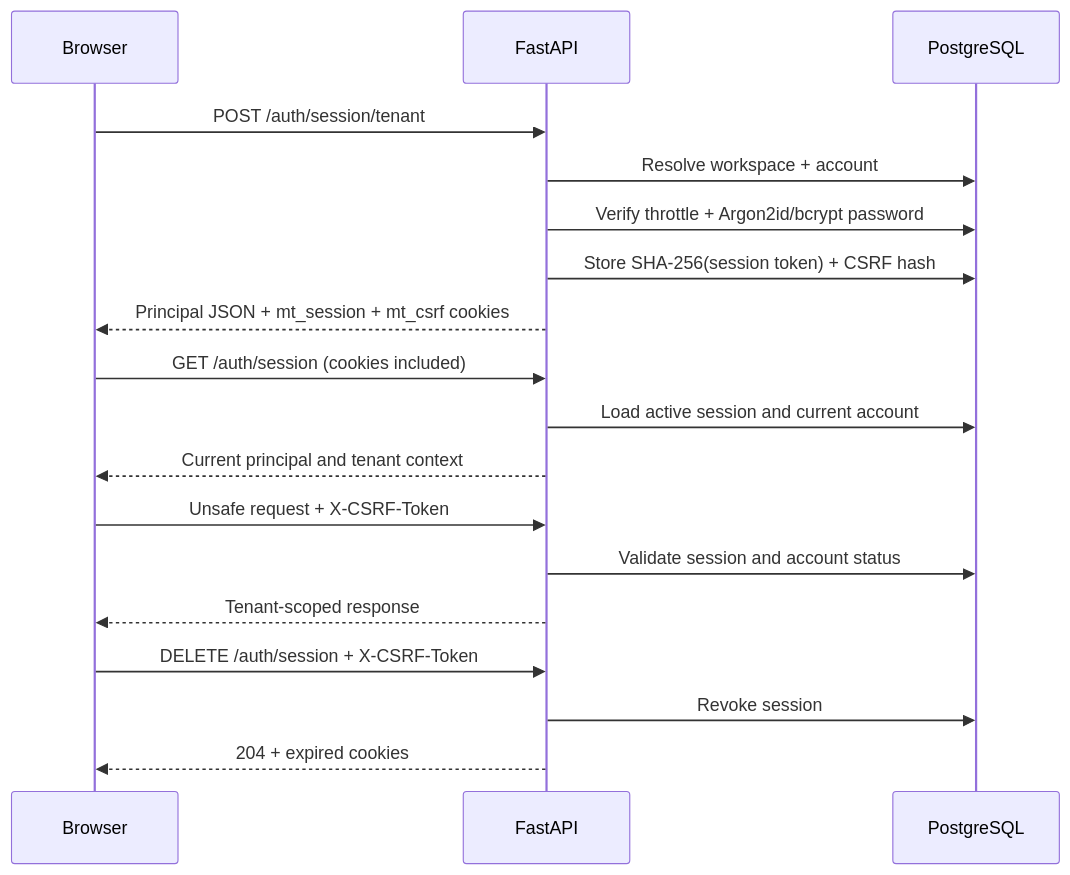
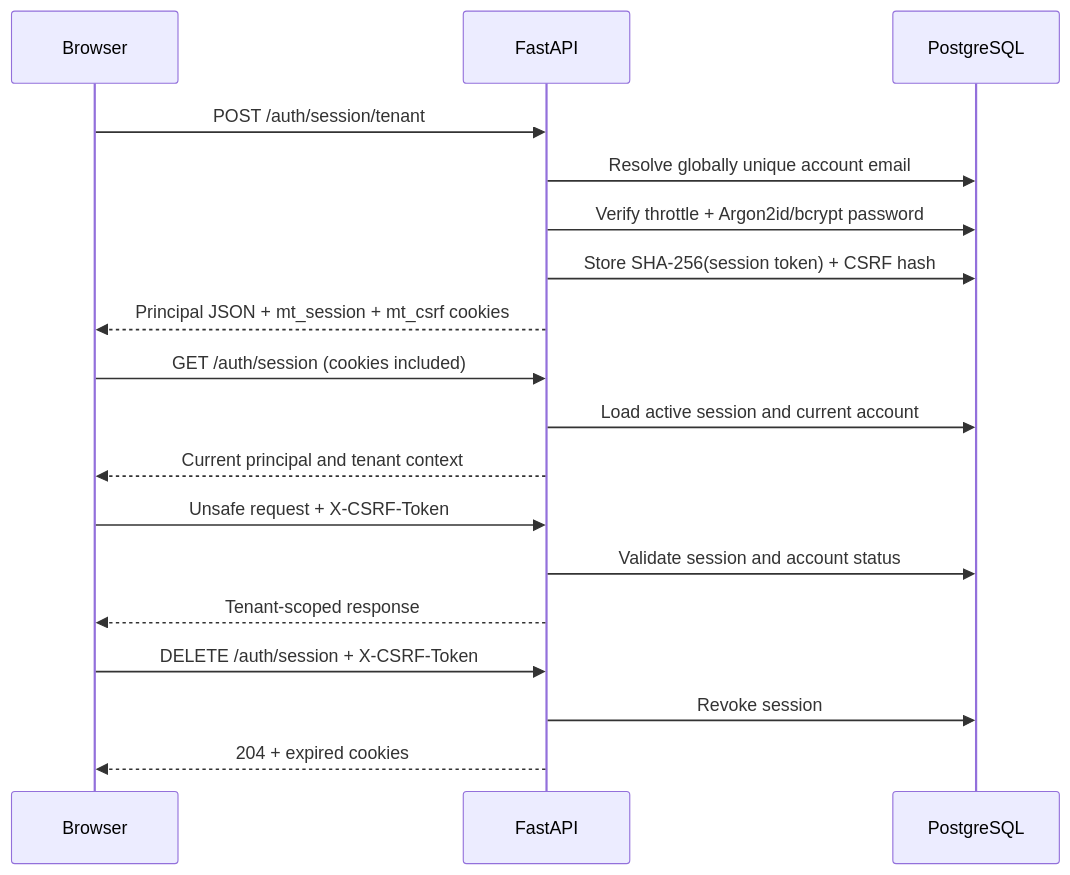
One commit to Ayushman3131-Vatsa/SS-MTS changed the diagram in docs/authentication.md. Above: the diagram before and after it, drawn with Mermaid. The commit also changed other lines of this file and 66 other files, not shown here.

````diff
--- a/docs/authentication.md
+++ b/docs/authentication.md
@@ -27,21 +27,21 @@
 ```mermaid
 sequenceDiagram
     participant Browser
     participant API as FastAPI
     participant DB as PostgreSQL
 
     Browser->>API: POST /auth/session/tenant
-    API->>DB: Resolve workspace + account
+    API->>DB: Resolve globally unique account email
     API->>DB: Verify throttle + Argon2id/bcrypt password
     API->>DB: Store SHA-256(session token) + CSRF hash
     API-->>Browser: Principal JSON + mt_session + mt_csrf cookies
     Browser->>API: GET /auth/session (cookies included)
     API->>DB: Load active session and current account
     API-->>Browser: Current principal and tenant context
     Browser->>API: Unsafe request + X-CSRF-Token
     API->>DB: Validate session and account status
     API-->>Browser: Tenant-scoped response
     Browser->>API: DELETE /auth/session + X-CSRF-Token
     API->>DB: Revoke session
     API-->>Browser: 204 + expired cookies
 ```
````
